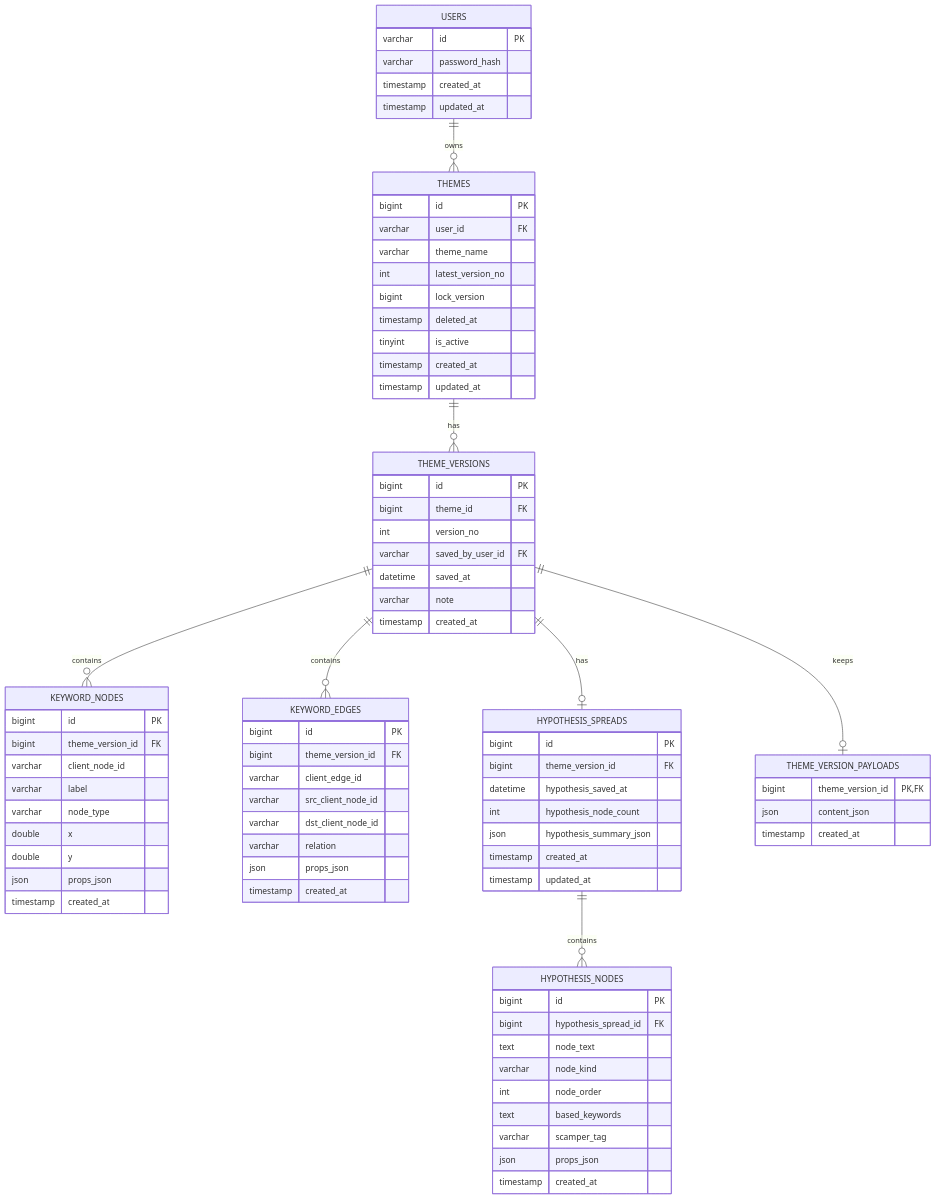
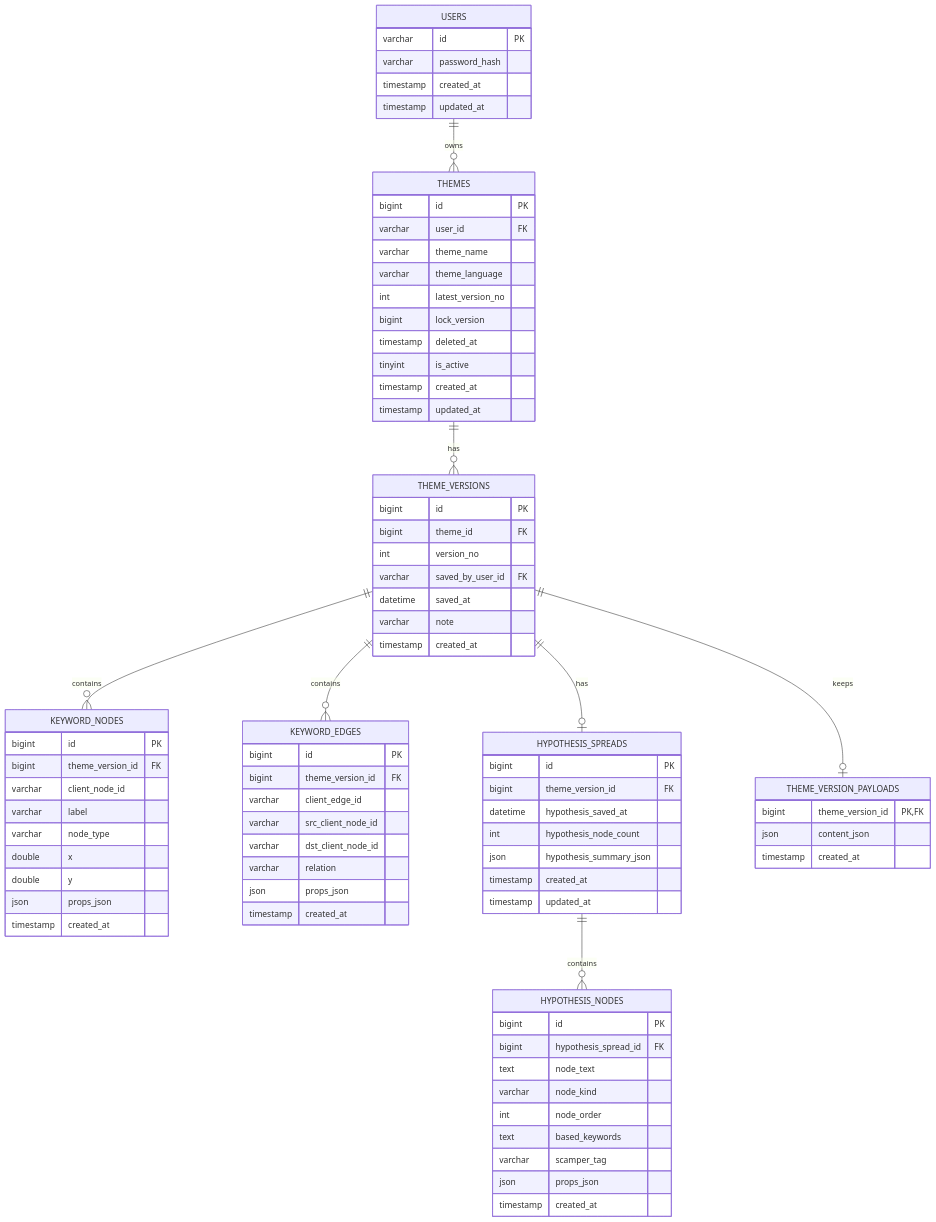
Before and after one commit to Yusei-Tanaka/MyProject: the second of 2 diagrams in docs/db-redesign-v2.md, drawn with Mermaid. The commit also changed other lines of this file and 4 other files, not shown here.

```diff
--- a/docs/db-redesign-v2.md
+++ b/docs/db-redesign-v2.md
@@ -254,6 +259,7 @@
       bigint id PK
       varchar user_id FK
       varchar theme_name
+      varchar theme_language
       int latest_version_no
       bigint lock_version
       timestamp deleted_at
```
